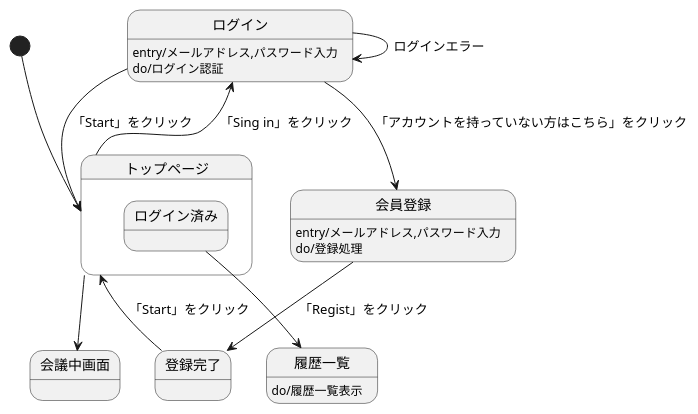
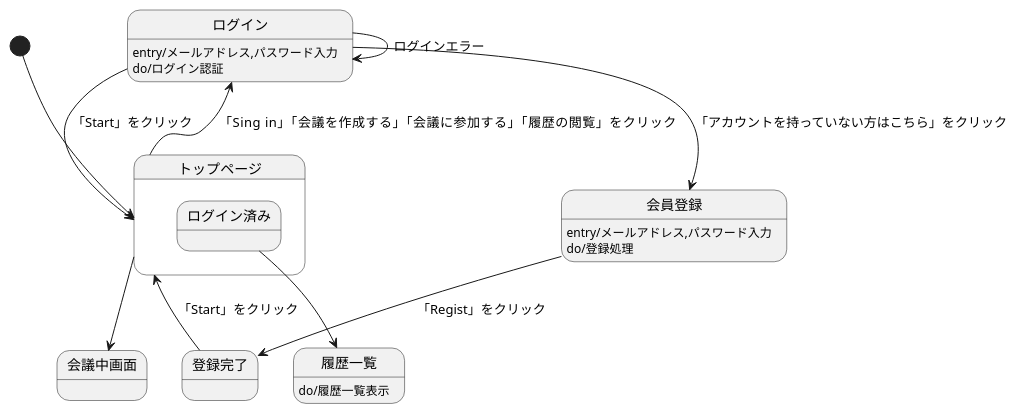
Before and after one commit to Aso2001031/2021sys-design: the diagram in 画面遷移図.md, drawn with PlantUML.

````diff
--- a/画面遷移図.md
+++ b/画面遷移図.md
@@ -1,32 +1,32 @@
 ```uml
 @startuml
 
 [*] -down-> トップページ
 
 State トップページ {
   state ログイン済み {
   
   }
 }
-トップページ --> ログイン :「Sing in」をクリック
+トップページ --> ログイン :「Sing in」「会議を作成する」「会議に参加する」「履歴の閲覧」をクリック
 トップページ --> 会議中画面
 
 
 ログイン : entry/メールアドレス,パスワード入力
 ログイン : do/ログイン認証
 ログイン --> トップページ :「Start」をクリック
 ログイン --> 会員登録 :「アカウントを持っていない方はこちら」をクリック
 ログイン --> ログイン :ログインエラー
 
 会員登録 : entry/メールアドレス,パスワード入力
 会員登録 : do/登録処理
 会員登録 --> 登録完了 : 「Regist」をクリック
 
 登録完了 --> トップページ :「Start」をクリック
 
 ログイン済み --> 履歴一覧
 
 履歴一覧 :do/履歴一覧表示
 
 @enduml
 ```
````
